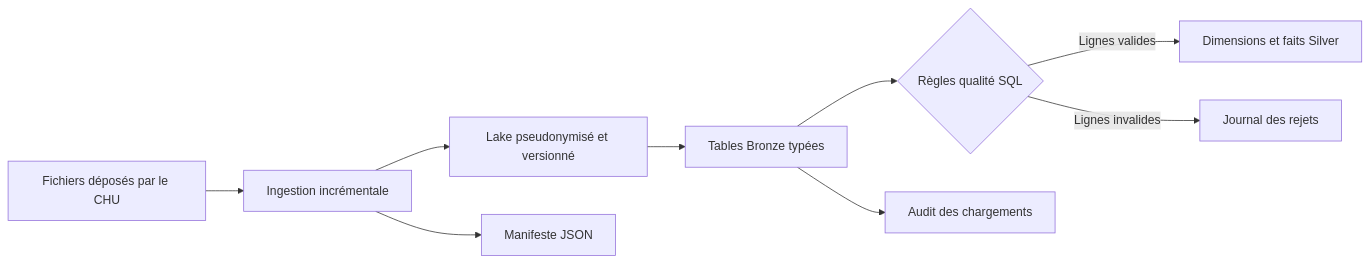
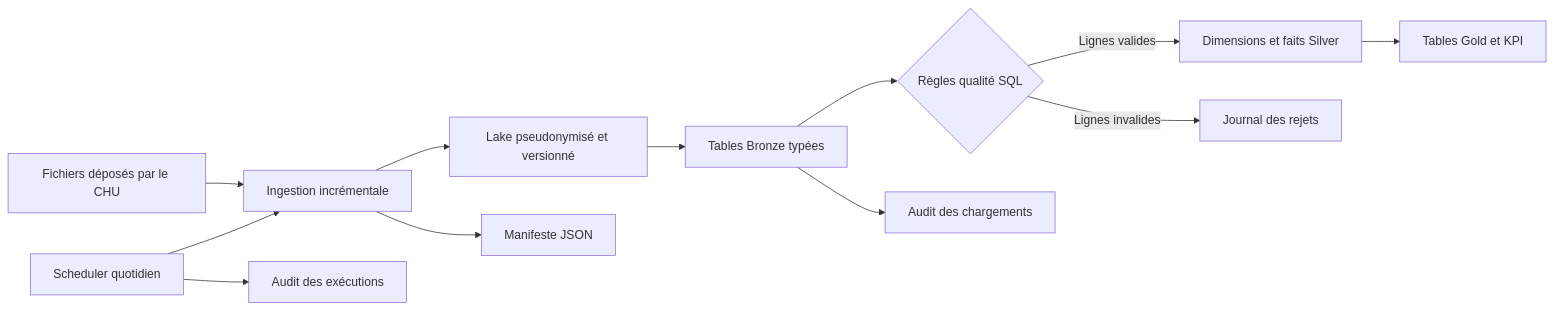
Before and after one commit to legrosbison/eds-chu: the diagram in docs/pipeline-lake-bronze-silver.md, drawn with Mermaid. The commit also changed other lines of this file and 23 other files, not shown here.

````diff
--- a/docs/pipeline-lake-bronze-silver.md
+++ b/docs/pipeline-lake-bronze-silver.md
@@ -5,11 +5,14 @@
 ```mermaid
 flowchart LR
+    K[Scheduler quotidien] --> B
     A[Fichiers déposés par le CHU] --> B[Ingestion incrémentale]
     B --> C[Lake pseudonymisé et versionné]
     C --> D[Tables Bronze typées]
     D --> E{Règles qualité SQL}
     E -->|Lignes valides| F[Dimensions et faits Silver]
     E -->|Lignes invalides| G[Journal des rejets]
+    F --> J[Tables Gold et KPI]
     B --> H[Manifeste JSON]
     D --> I[Audit des chargements]
+    K --> L[Audit des exécutions]
 ```
````
